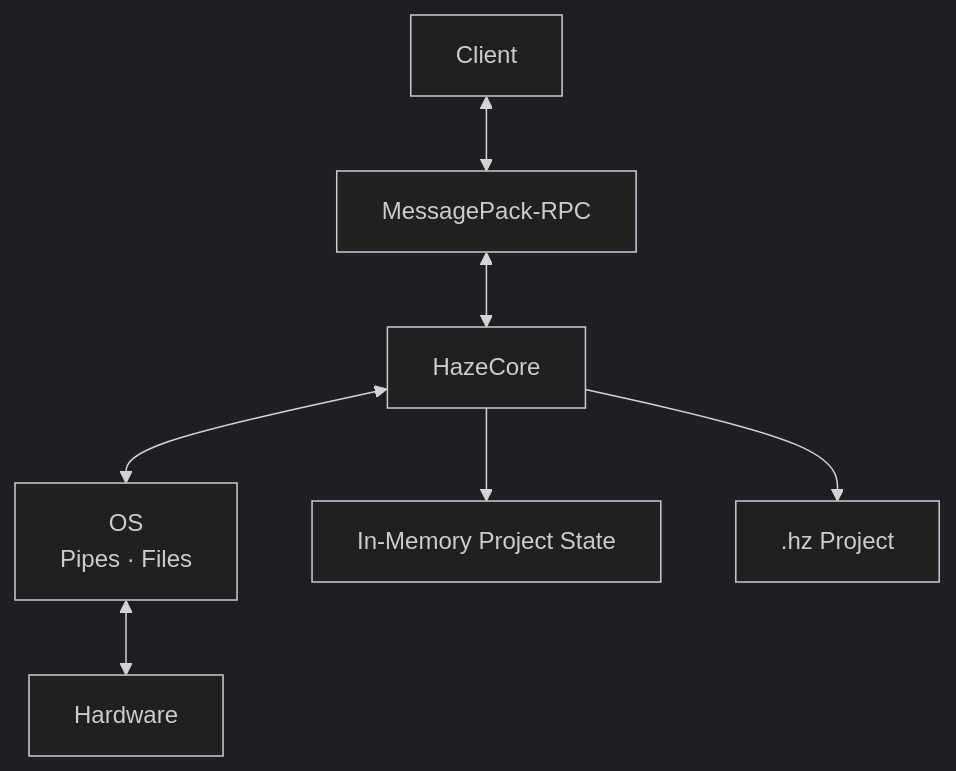
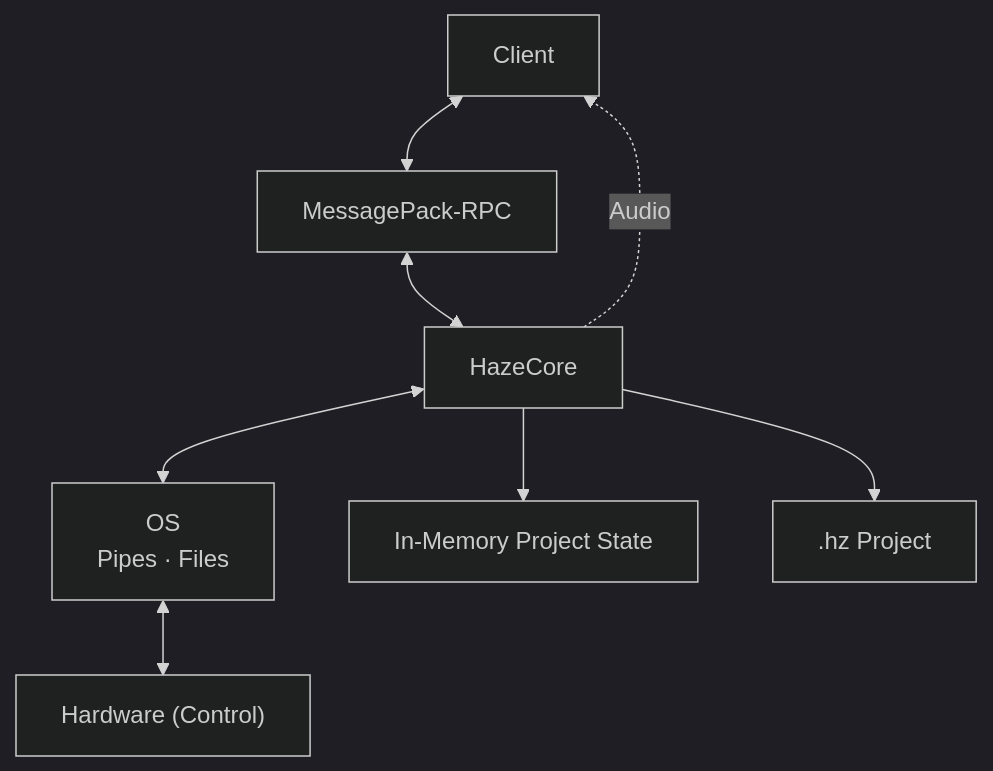
Before and after one commit to KiamMota/haze: the diagram in README.md, drawn with Mermaid (dark theme).

Commit message:
Update Hardware section in README.md

````diff
--- a/README.md
+++ b/README.md
@@ -13,16 +13,19 @@
 ``` mermaid
 graph TD;
     Client["Client"]
     RPC["MessagePack-RPC"]
     Core["HazeCore"]
     OS["OS<br/>Pipes · Files"]
-    Hardware["Hardware"]
+    Hardware["Hardware (Control)"]
 
     Client <--> RPC;
     RPC <--> Core;
     Core <--> OS;
     OS <--> Hardware;
 
     Core --> Project["In-Memory Project State"];
     Core --> File[".hz Project"];
+
+    Core -.->|Audio| Client;
+
 ```
````
